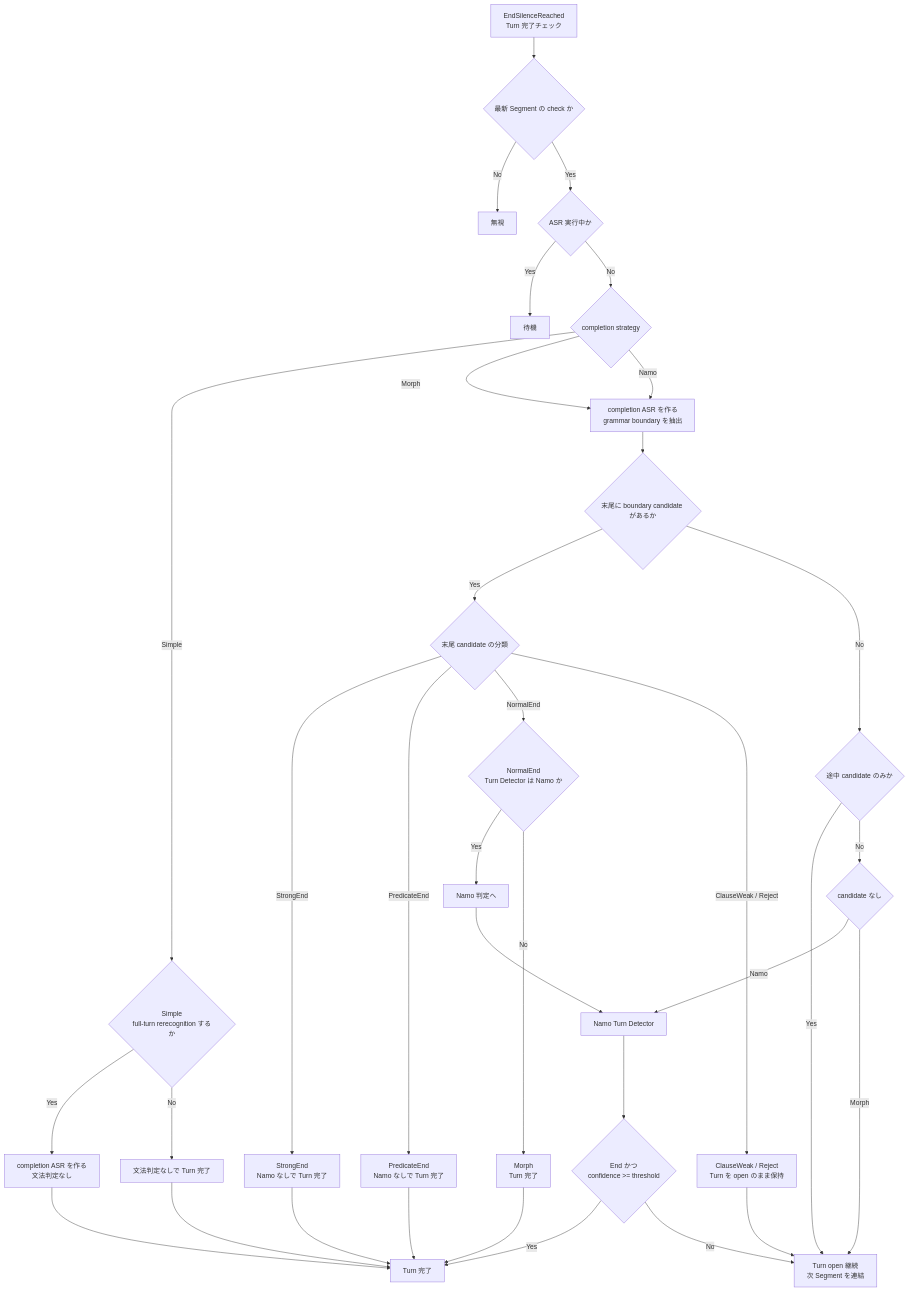
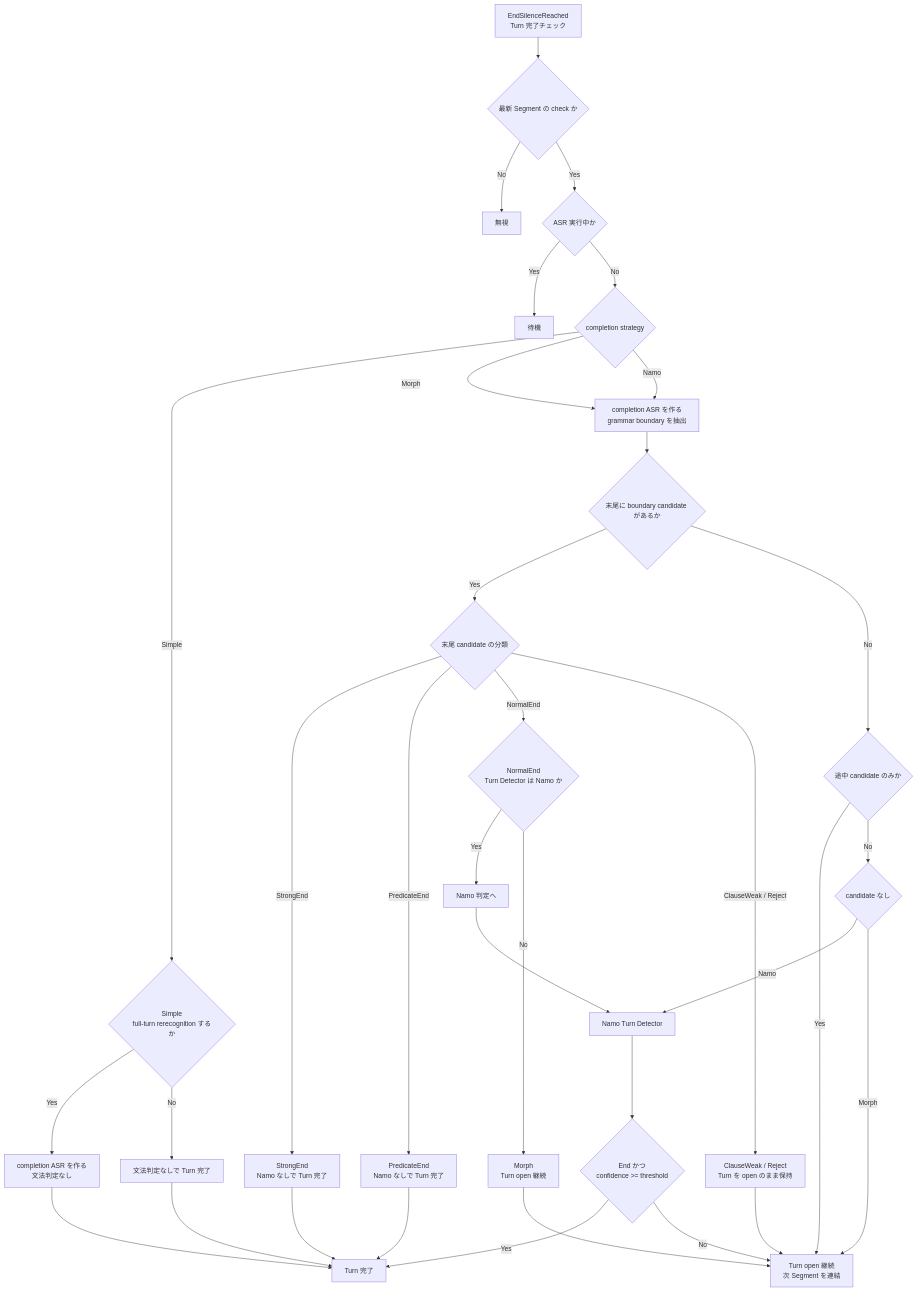
Before and after one commit to Parakeet-Inc/Parapper-ASR: the second of 2 diagrams in documents/developer/japanese_separate_rule.md, drawn with Mermaid. The commit also changed other lines of this file and 85 other files, not shown here.

````diff
--- a/documents/developer/japanese_separate_rule.md
+++ b/documents/developer/japanese_separate_rule.md
@@ -193,61 +195,61 @@
 ```mermaid
 flowchart TD
   check["EndSilenceReached<br/>Turn 完了チェック"]
   stale{"最新 Segment の check か"}
   busy{"ASR 実行中か"}
   mode{"completion strategy"}
   simple_rerecog{"Simple<br/>full-turn rerecognition するか"}
   simple_full_rerecog["completion ASR を作る<br/>文法判定なし"]
   simple_final["文法判定なしで Turn 完了"]
   grammar_rerecog["completion ASR を作る<br/>grammar boundary を抽出"]
   terminal{"末尾に boundary candidate があるか"}
   internal{"途中 candidate のみか"}
   boundary_class{"末尾 candidate の分類"}
   strong["StrongEnd<br/>Namo なしで Turn 完了"]
   predicate["PredicateEnd<br/>Namo なしで Turn 完了"]
   normal{"NormalEnd<br/>Turn Detector は Namo か"}
   normal_namo["Namo 判定へ"]
-  normal_morph["Morph<br/>Turn 完了"]
+  normal_morph["Morph<br/>Turn open 継続"]
   weak["ClauseWeak / Reject<br/>Turn を open のまま保持"]
   no_candidate{"candidate なし"}
   namo["Namo Turn Detector"]
   namo_end{"End かつ<br/>confidence >= threshold"}
   complete["Turn 完了"]
   continue_open["Turn open 継続<br/>次 Segment を連結"]
   wait["待機"]
   ignore["無視"]
 
   check --> stale
   stale -- No --> ignore
   stale -- Yes --> busy
   busy -- Yes --> wait
   busy -- No --> mode
   mode -- Simple --> simple_rerecog
   simple_rerecog -- Yes --> simple_full_rerecog
   simple_rerecog -- No --> simple_final
   simple_full_rerecog --> complete
   simple_final --> complete
   mode -- Morph --> grammar_rerecog
   mode -- Namo --> grammar_rerecog
   grammar_rerecog --> terminal
   terminal -- Yes --> boundary_class
   terminal -- No --> internal
   internal -- Yes --> continue_open
   internal -- No --> no_candidate
   no_candidate -- Namo --> namo
   no_candidate -- Morph --> continue_open
   boundary_class -- StrongEnd --> strong
   boundary_class -- PredicateEnd --> predicate
   boundary_class -- NormalEnd --> normal
   boundary_class -- "ClauseWeak / Reject" --> weak
   strong --> complete
   predicate --> complete
   normal -- Yes --> normal_namo
   normal -- No --> normal_morph
   normal_namo --> namo
-  normal_morph --> complete
+  normal_morph --> continue_open
   weak --> continue_open
   namo --> namo_end
   namo_end -- Yes --> complete
   namo_end -- No --> continue_open
 ```
````
